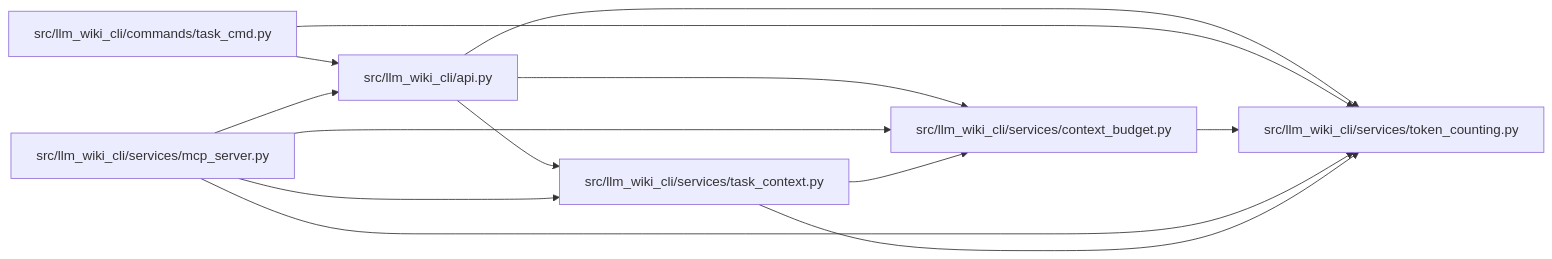
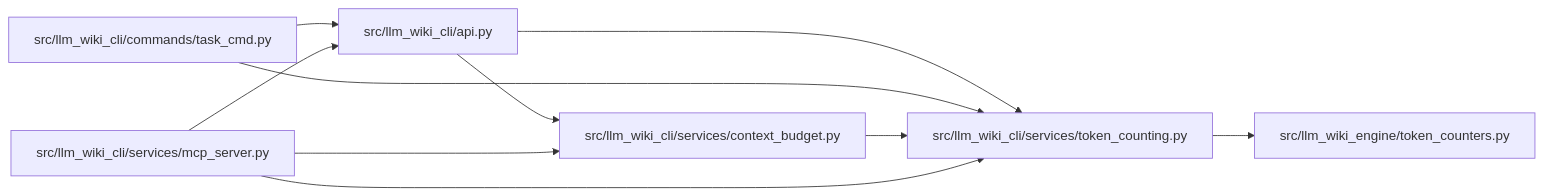
Before and after one commit to Denissvgn/python-wiki-llm: the diagram in docs/llm_wiki/modules/token_counting.md, drawn with Mermaid. The commit also changed other lines of this file and 482 other files, not shown here.

Commit message:
docs: refresh the wiki for the engine token counters

````diff
--- a/docs/llm_wiki/modules/token_counting.md
+++ b/docs/llm_wiki/modules/token_counting.md
@@ -27,27 +28,24 @@
 ```mermaid
 flowchart LR
     n0["src/llm_wiki_cli/api.py"]
     n1["src/llm_wiki_cli/commands/task_cmd.py"]
     n2["src/llm_wiki_cli/services/context_budget.py"]
     n3["src/llm_wiki_cli/services/mcp_server.py"]
-    n4["src/llm_wiki_cli/services/task_context.py"]
-    n5["src/llm_wiki_cli/services/token_counting.py"]
+    n4["src/llm_wiki_cli/services/token_counting.py"]
+    n5["src/llm_wiki_engine/token_counters.py"]
     n0 --> n2
     n0 --> n4
-    n0 --> n5
     n1 --> n0
-    n1 --> n5
-    n2 --> n5
+    n1 --> n4
+    n2 --> n4
     n3 --> n0
     n3 --> n2
     n3 --> n4
-    n3 --> n5
-    n4 --> n2
     n4 --> n5
     click n0 "../modules/api.md"
     click n1 "../modules/task_cmd.md"
     click n2 "../modules/context_budget.md"
     click n3 "../modules/mcp_server.md"
-    click n4 "../modules/task_context.md"
-    click n5 "../modules/token_counting.md"
+    click n4 "../modules/token_counting.md"
+    click n5 "../modules/token_counters.md"
 ```
````
